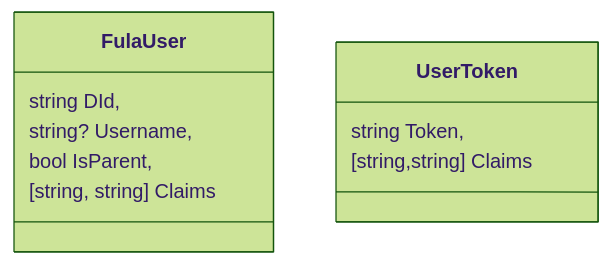
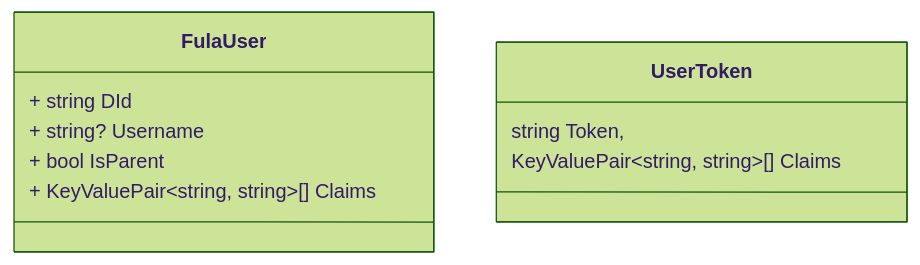
One commit to functionland/fx-files changed the third of 5 diagrams in docs/fula-client-overview.md. Above: the diagram before and after it, drawn with Mermaid (forest theme). The commit also changed other lines of this file, not shown here.

Commit message:
Fix class diagram annotations. ab#839

````diff
--- a/docs/fula-client-overview.md
+++ b/docs/fula-client-overview.md
@@ -52,15 +56,15 @@
 ```mermaid
 classDiagram
 
 class FulaUser{
-string DId,
-string? Username,
-bool IsParent,
-[string, string] Claims
+    + string DId
+    + string? Username
+    + bool IsParent
+    + KeyValuePair~string, string~[] Claims
 }
 
 class UserToken{
-string Token,
-[string,string] Claims
+    string Token,
+    KeyValuePair~string, string~[] Claims
 }
 ```
````
